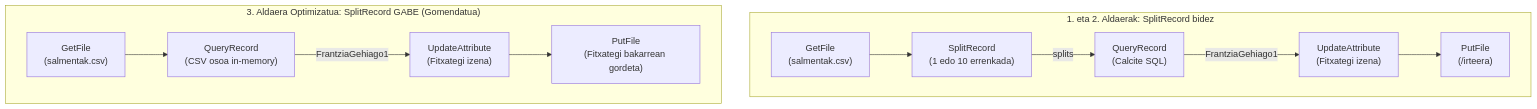
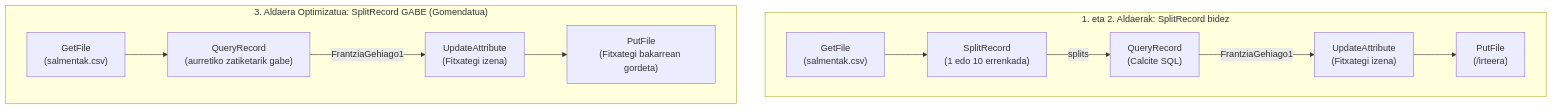
Before and after one commit to tears-mysthrala/aabd-bigdata: the diagram in 06_NiFi/soluzioak/02_CSV_Datuak_Iragazi/README.md, drawn with Mermaid. The commit also changed other lines of this file and 104 other files, not shown here.

````diff
--- a/06_NiFi/soluzioak/02_CSV_Datuak_Iragazi/README.md
+++ b/06_NiFi/soluzioak/02_CSV_Datuak_Iragazi/README.md
@@ -41,15 +41,15 @@
 ```mermaid
 flowchart TD
     subgraph V1["1. eta 2. Aldaerak: SplitRecord bidez"]
         A1["GetFile<br/>(salmentak.csv)"] --> B1["SplitRecord<br/>(1 edo 10 errenkada)"]
         B1 -->|splits| C1["QueryRecord<br/>(Calcite SQL)"]
         C1 -->|FrantziaGehiago1| D1["UpdateAttribute<br/>(Fitxategi izena)"]
         D1 --> E1["PutFile<br/>(/irteera)"]
     end
 
     subgraph V3["3. Aldaera Optimizatua: SplitRecord GABE (Gomendatua)"]
-        A3["GetFile<br/>(salmentak.csv)"] --> C3["QueryRecord<br/>(CSV osoa in-memory)"]
+        A3["GetFile<br/>(salmentak.csv)"] --> C3["QueryRecord<br/>(aurretiko zatiketarik gabe)"]
         C3 -->|FrantziaGehiago1| D3["UpdateAttribute<br/>(Fitxategi izena)"]
         D3 --> E3["PutFile<br/>(Fitxategi bakarrean gordeta)"]
     end
 ```
````
